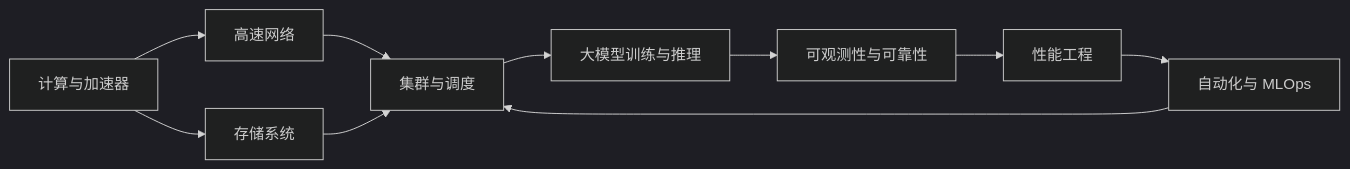
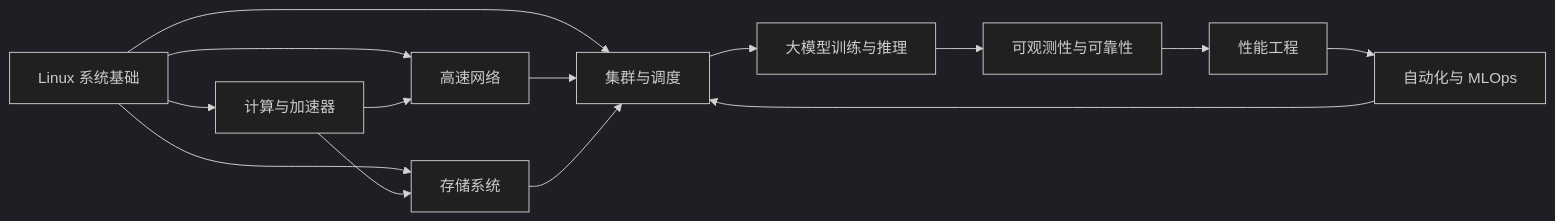
Before and after one commit to newswitch/newswitch.github.io: the diagram in docs/learning/00-AI-Infra技术模块学习地图.md, drawn with Mermaid (dark theme). The commit also changed other lines of this file and 343 other files, not shown here.

````diff
--- a/docs/learning/00-AI-Infra技术模块学习地图.md
+++ b/docs/learning/00-AI-Infra技术模块学习地图.md
@@ -15,12 +15,16 @@
 ```mermaid
 flowchart LR
-    A["计算与加速器"] --> B["高速网络"]
+    L["Linux 系统基础"] --> A["计算与加速器"]
+    L --> B["高速网络"]
+    L --> C["存储系统"]
+    L --> D["集群与调度"]
+    A --> B
     A --> C["存储系统"]
     B --> D["集群与调度"]
     C --> D
     D --> E["大模型训练与推理"]
     E --> F["可观测性与可靠性"]
     F --> G["性能工程"]
     G --> H["自动化与 MLOps"]
     H --> D
 ```
````
